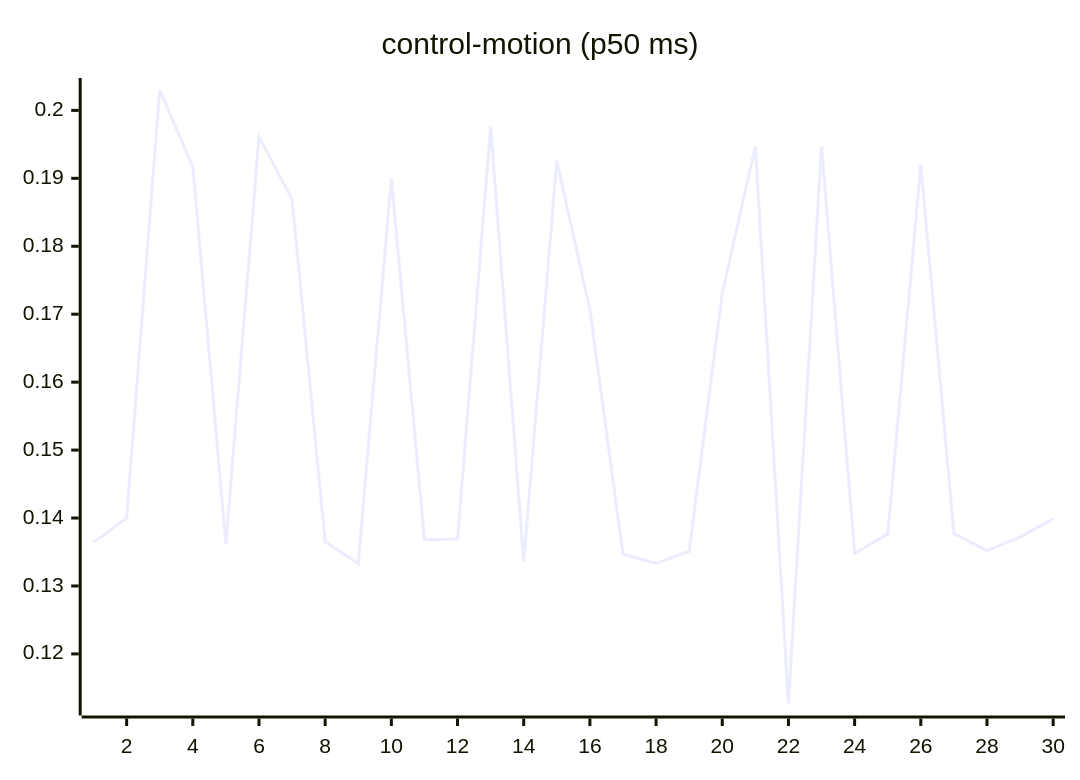
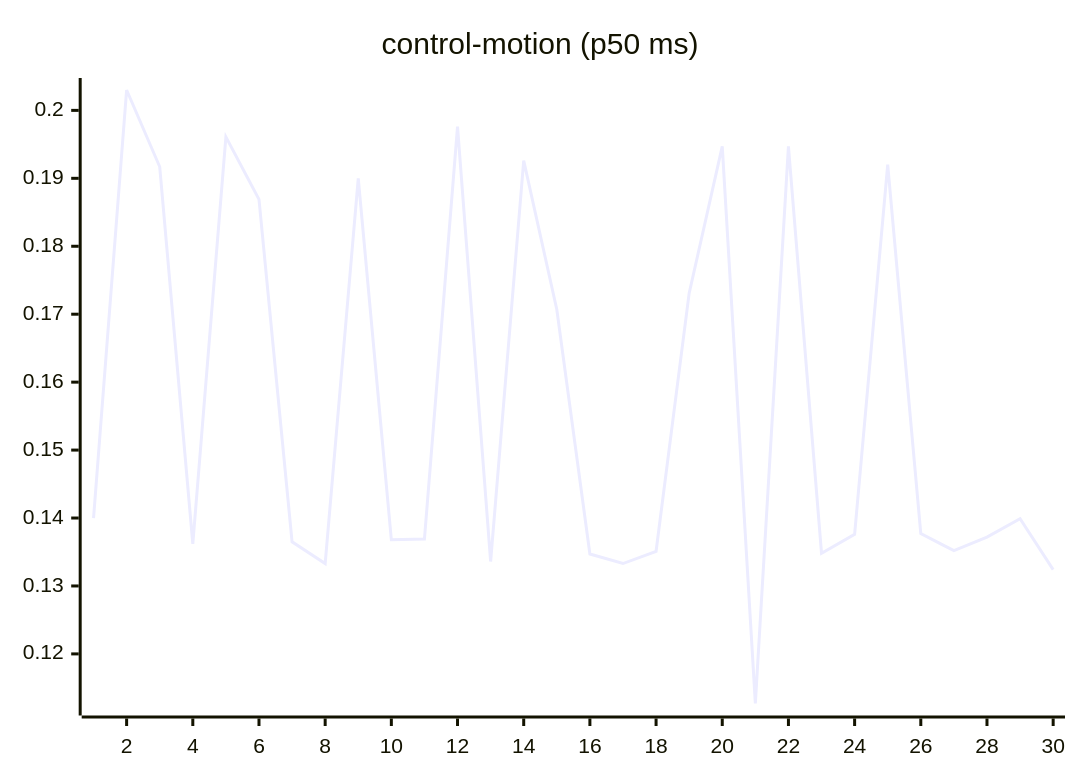
The seventh of 27 diagrams in README.md (josha/Facet), drawn with Mermaid before and after one commit. The commit also changed other lines of this file and 2 other files, not shown here.

````diff
--- a/README.md
+++ b/README.md
@@ -105,6 +105,6 @@
 ```mermaid
 xychart-beta
     title "control-motion (p50 ms)"
     x-axis 1 --> 30
-    line [0.1364, 0.1400, 0.2030, 0.1917, 0.1362, 0.1961, 0.1869, 0.1365, 0.1333, 0.1900, 0.1368, 0.1369, 0.1976, 0.1336, 0.1926, 0.1707, 0.1347, 0.1333, 0.1351, 0.1731, 0.1947, 0.1127, 0.1947, 0.1348, 0.1376, 0.1920, 0.1377, 0.1352, 0.1372, 0.1399]
+    line [0.1400, 0.2030, 0.1917, 0.1362, 0.1961, 0.1869, 0.1365, 0.1333, 0.1900, 0.1368, 0.1369, 0.1976, 0.1336, 0.1926, 0.1707, 0.1347, 0.1333, 0.1351, 0.1731, 0.1947, 0.1127, 0.1947, 0.1348, 0.1376, 0.1920, 0.1377, 0.1352, 0.1372, 0.1399, 0.1324]
 ```
````
